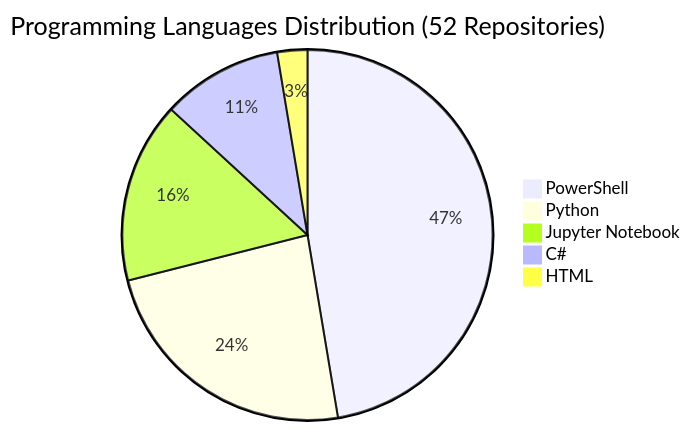
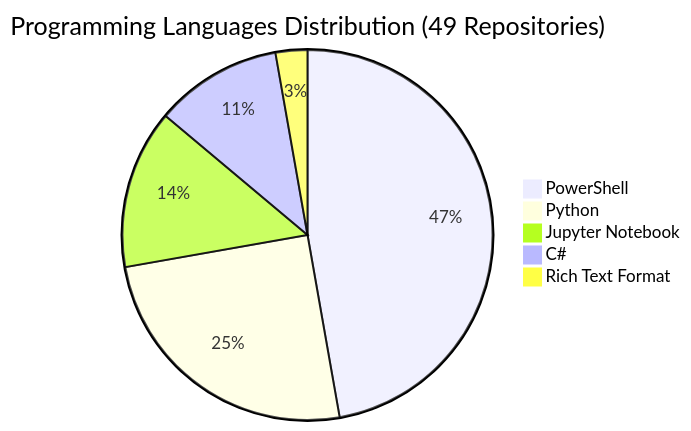
Before and after one commit to fabioc-aloha/fabioc-aloha: the diagram in REPOS.md, drawn with Mermaid. The commit also changed other lines of this file and 1 other file, not shown here.

````diff
--- a/REPOS.md
+++ b/REPOS.md
@@ -129,8 +121,8 @@
 ```mermaid
-pie title Programming Languages Distribution (52 Repositories)
-    "PowerShell" : 18
+pie title Programming Languages Distribution (49 Repositories)
+    "PowerShell" : 17
     "Python" : 9
-    "Jupyter Notebook" : 6
+    "Jupyter Notebook" : 5
     "C#" : 4
-    "HTML" : 1
+    "Rich Text Format" : 1
 ```
````
